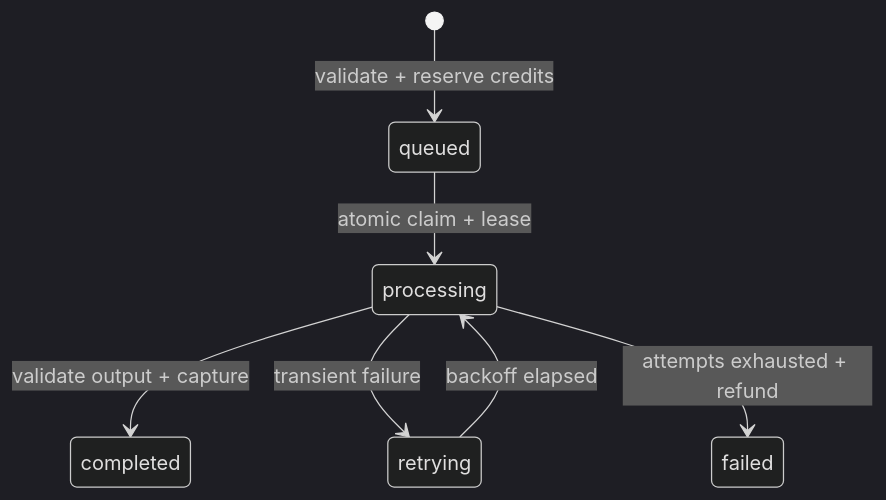
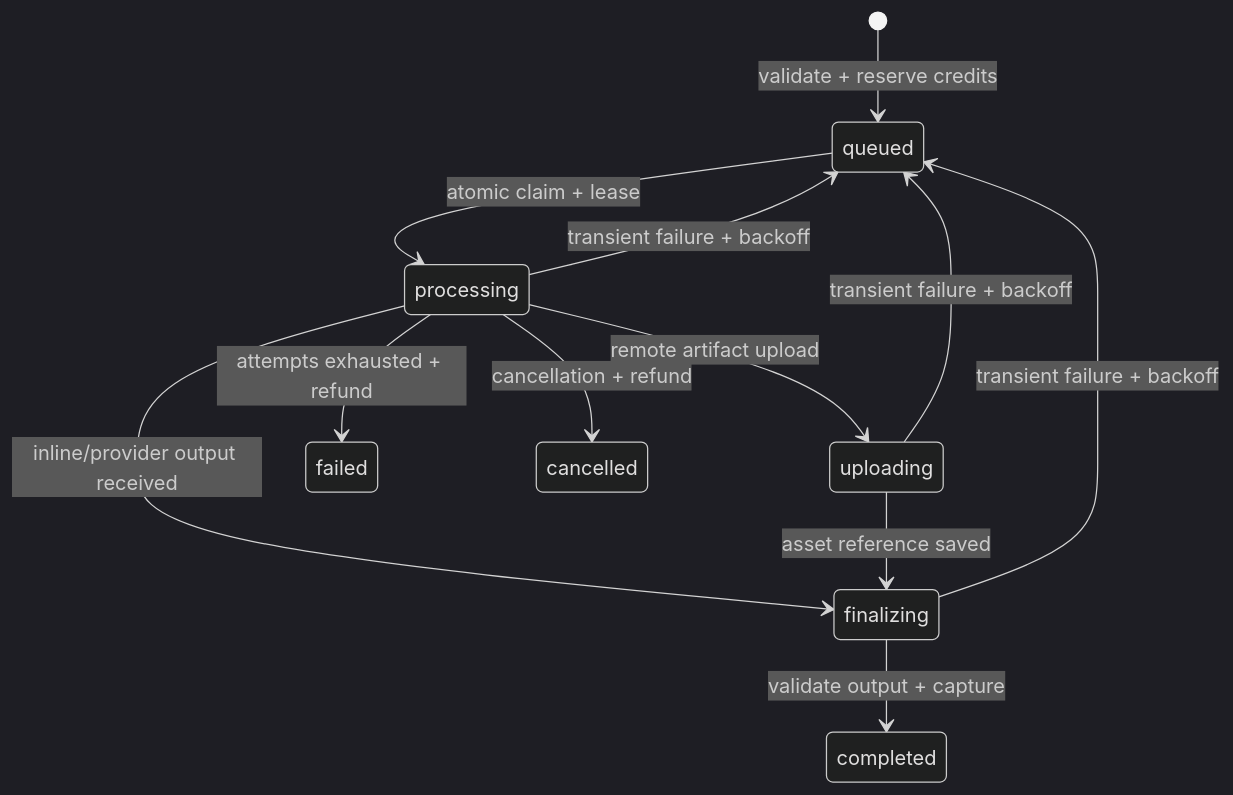
The diagram in docs/playbooks/AI_GENERATION.md (jggjosue/prompt-studio), drawn with Mermaid (dark theme) before and after one commit. The commit also changed other lines of this file and 15 other files, not shown here.

````diff
--- a/docs/playbooks/AI_GENERATION.md
+++ b/docs/playbooks/AI_GENERATION.md
@@ -11,9 +11,14 @@
 ```mermaid
 stateDiagram-v2
     [*] --> queued: validate + reserve credits
     queued --> processing: atomic claim + lease
-    processing --> completed: validate output + capture
-    processing --> retrying: transient failure
-    retrying --> processing: backoff elapsed
+    processing --> uploading: remote artifact upload
+    processing --> finalizing: inline/provider output received
+    uploading --> finalizing: asset reference saved
+    finalizing --> completed: validate output + capture
+    processing --> queued: transient failure + backoff
+    uploading --> queued: transient failure + backoff
+    finalizing --> queued: transient failure + backoff
     processing --> failed: attempts exhausted + refund
+    processing --> cancelled: cancellation + refund
 ```
````
